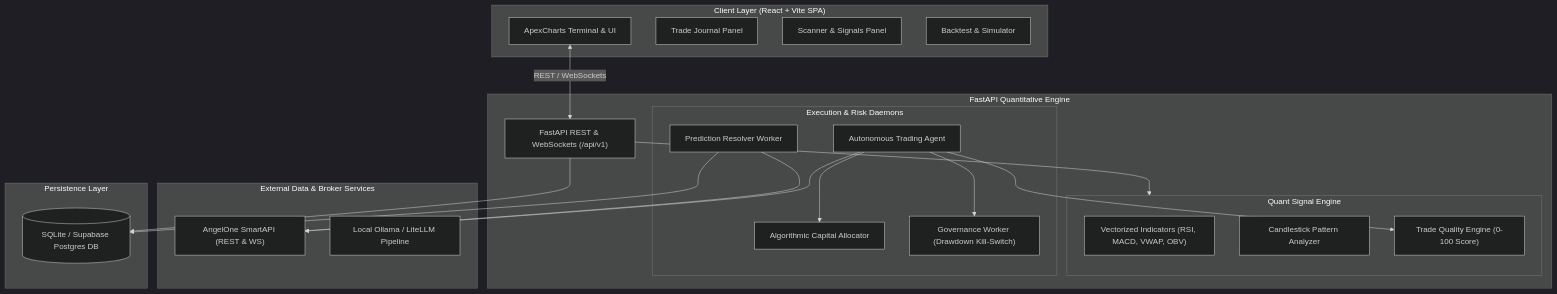
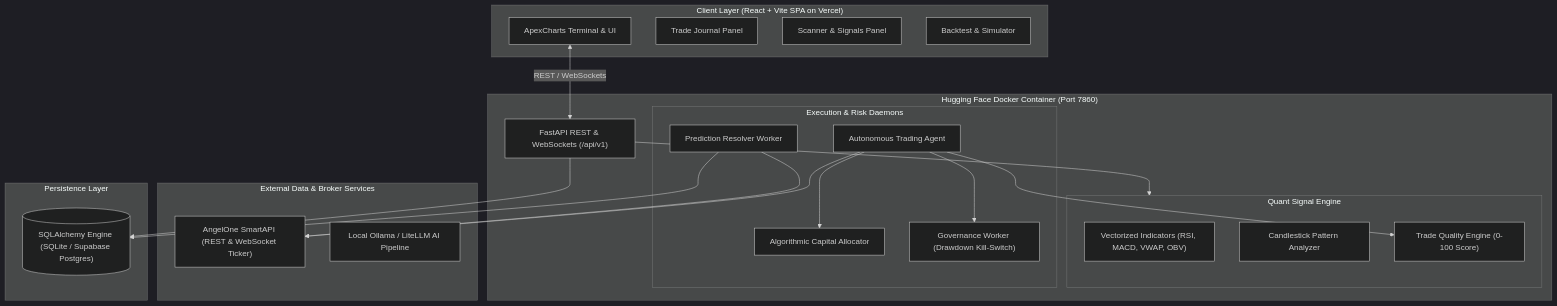
The first of 2 diagrams in README.md (junkportal05-a11y/trade-ai), drawn with Mermaid (dark theme) before and after one commit. The commit also changed other lines of this file, not shown here.

Commit message:
docs(readme): enhance README for Hugging Face Space metadata, live API docs, and curl testing

````diff
--- a/README.md
+++ b/README.md
@@ -30,45 +47,45 @@
 ```mermaid
 graph TD
-    subgraph Client ["Client Layer (React + Vite SPA)"]
+    subgraph Client ["Client Layer (React + Vite SPA on Vercel)"]
         UI["ApexCharts Terminal & UI"]
         Journal["Trade Journal Panel"]
         ScannerUI["Scanner & Signals Panel"]
         SimUI["Backtest & Simulator"]
     end
 
-    subgraph Backend ["FastAPI Quantitative Engine"]
+    subgraph Backend ["Hugging Face Docker Container (Port 7860)"]
         API["FastAPI REST & WebSockets (/api/v1)"]
         
         subgraph Signals ["Quant Signal Engine"]
             Indicators["Vectorized Indicators (RSI, MACD, VWAP, OBV)"]
             Patterns["Candlestick Pattern Analyzer"]
             QualityEngine["Trade Quality Engine (0-100 Score)"]
         end
 
         subgraph Execution ["Execution & Risk Daemons"]
             AgentDaemon["Autonomous Trading Agent"]
             CapitalAlloc["Algorithmic Capital Allocator"]
             Governance["Governance Worker (Drawdown Kill-Switch)"]
             Resolver["Prediction Resolver Worker"]
         end
     end
 
     subgraph External ["External Data & Broker Services"]
-        AngelAPI["AngelOne SmartAPI (REST & WS)"]
-        LocalLLM["Local Ollama / LiteLLM Pipeline"]
+        AngelAPI["AngelOne SmartAPI (REST & WebSocket Ticker)"]
+        LocalLLM["Local Ollama / LiteLLM AI Pipeline"]
     end
 
     subgraph Persistence ["Persistence Layer"]
-        SQLite[("SQLite / Supabase Postgres DB")]
+        SQLite[("SQLAlchemy Engine (SQLite / Supabase Postgres)")]
     end
 
     UI <-->|REST / WebSockets| API
     API --> Signals
     AgentDaemon --> QualityEngine
     AgentDaemon --> CapitalAlloc
     AgentDaemon --> Governance
     AgentDaemon --> AngelAPI
     Resolver --> AngelAPI
     Resolver --> SQLite
     API --> SQLite
 ```
````
